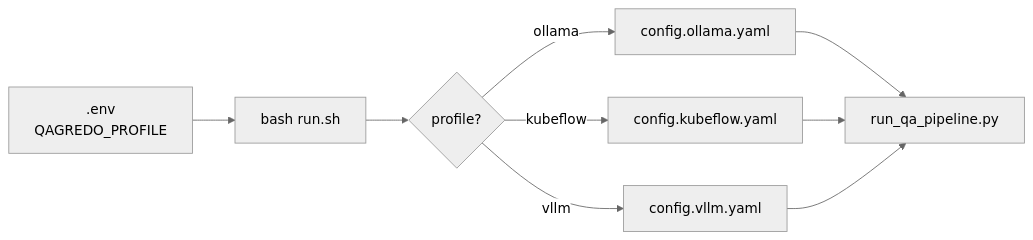
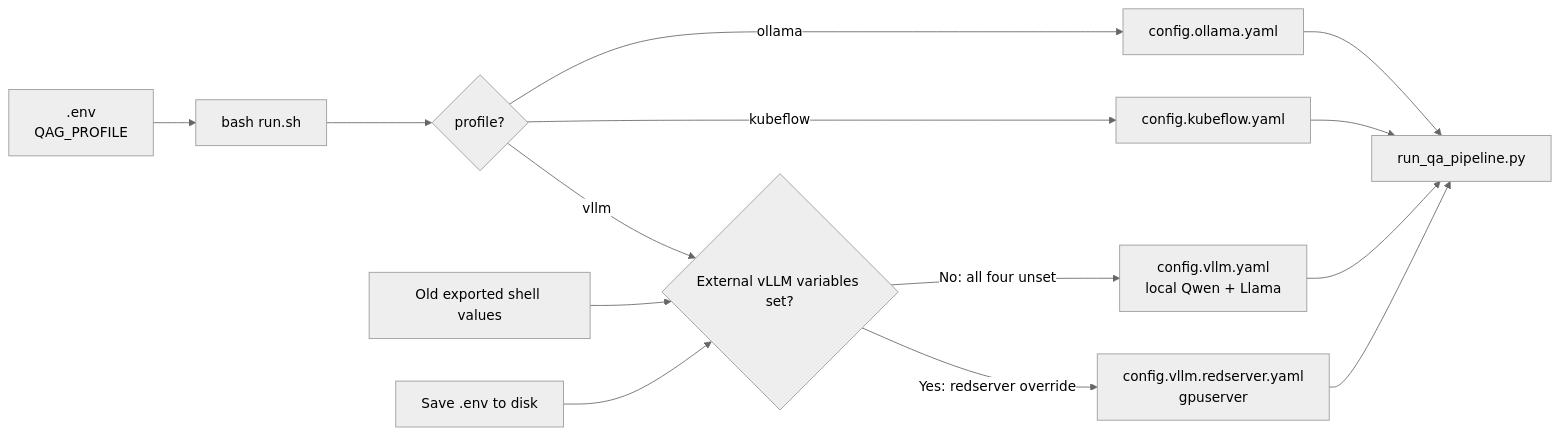
One commit to tohyewhong/qagredo-local changed the diagram in config/README.md. Above: the diagram before and after it, drawn with Mermaid (neutral theme). The commit also changed other lines of this file and 273 other files, not shown here.

First line of the commit message:
Add algorithm baseline v3, architecture docs, and LoRA finetune stack.

````diff
--- a/config/README.md
+++ b/config/README.md
@@ -7,11 +11,16 @@
 ```mermaid
 flowchart LR
-  ENV[".env\nQAGREDO_PROFILE"] --> RUN["bash run.sh"]
+  ENV[".env\nQAG_PROFILE"] --> RUN["bash run.sh"]
   RUN --> PICK{profile?}
   PICK -->|ollama| O["config.ollama.yaml"]
   PICK -->|kubeflow| K["config.kubeflow.yaml"]
-  PICK -->|vllm| V["config.vllm.yaml"]
+  PICK -->|vllm| SITE{External vLLM variables set?}
+  SITE -->|No: all four unset| V["config.vllm.yaml\nlocal Qwen + Llama"]
+  SITE -->|Yes: redserver override| R["config.vllm.redserver.yaml\ngpuserver"]
+  STALE["Old exported shell values"] --> SITE
+  SAVE["Save .env to disk"] --> SITE
   O --> PIPE["run_qa_pipeline.py"]
   K --> PIPE
   V --> PIPE
+  R --> PIPE
 ```
````
